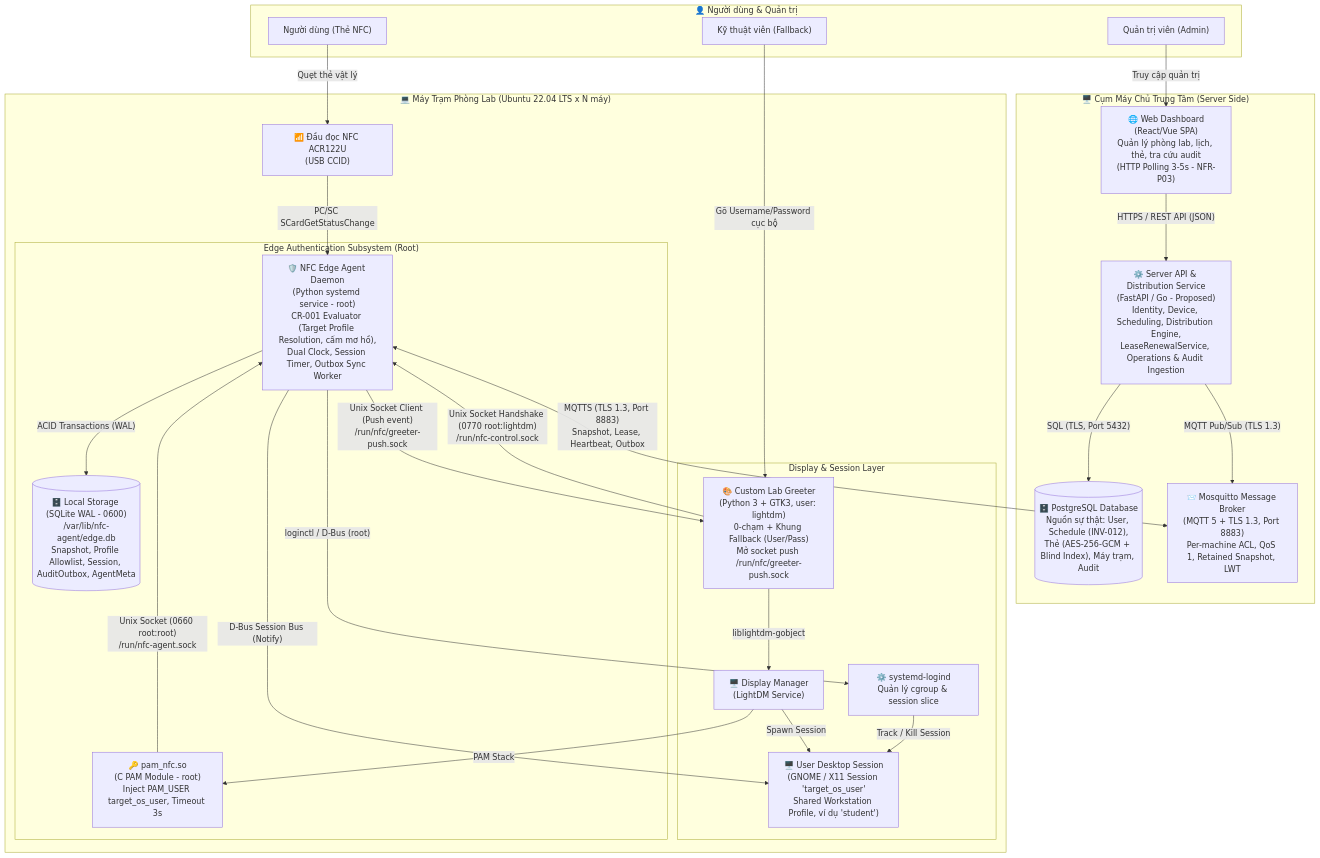
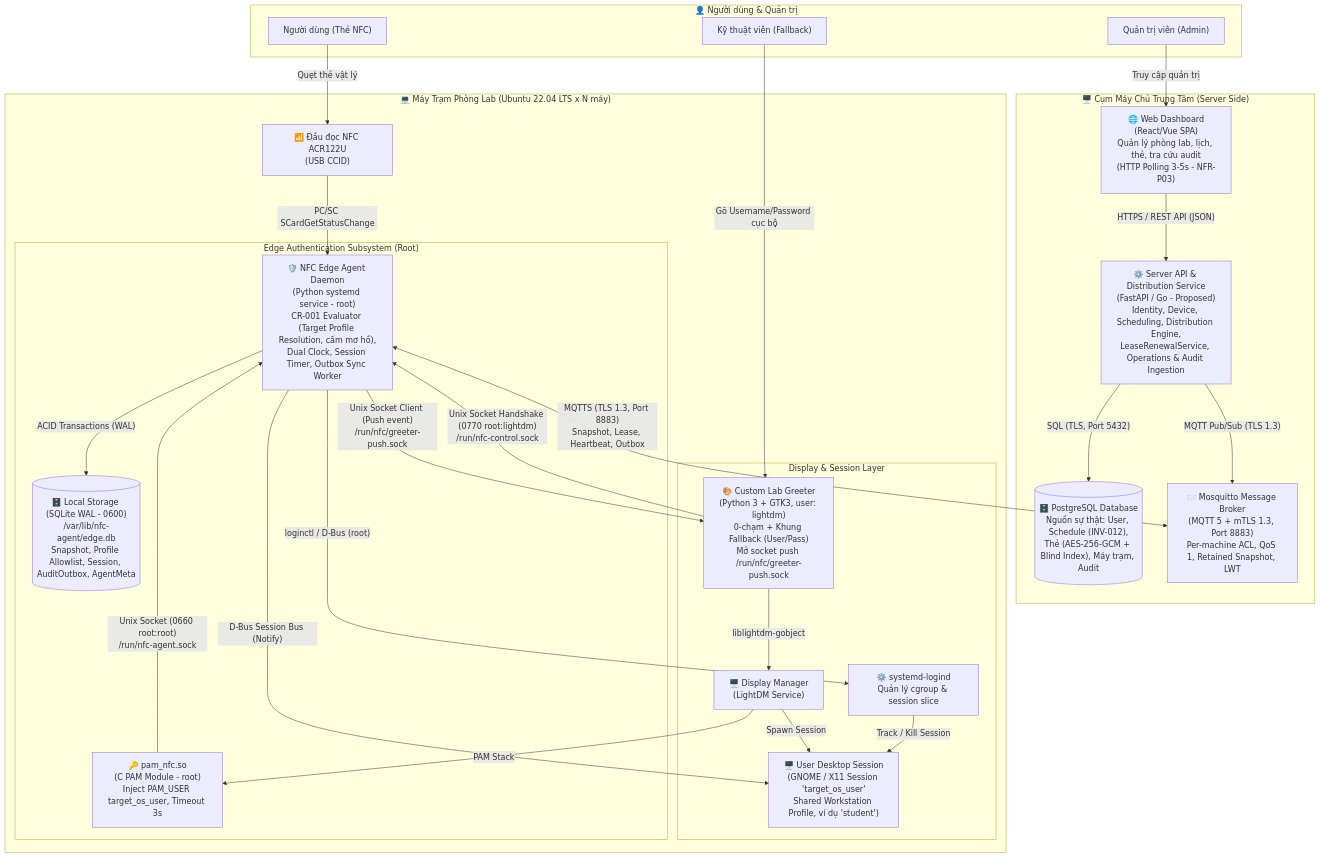
One commit to binhtoong21/linux-access-control changed the diagram in design/docs/06-architecture/containers.md. Above: the diagram before and after it, drawn with Mermaid. The commit also changed other lines of this file and 19 other files, not shown here.

````diff
--- a/design/docs/06-architecture/containers.md
+++ b/design/docs/06-architecture/containers.md
@@ -12,53 +12,53 @@
 ```mermaid
 flowchart TB
     subgraph USERS["👤 Người dùng & Quản trị"]
         Student["Người dùng (Thẻ NFC)"]
         AdminUser["Quản trị viên (Admin)"]
         TechUser["Kỹ thuật viên (Fallback)"]
     end
 
     subgraph SERVER["🖥️ Cụm Máy Chủ Trung Tâm (Server Side)"]
         Dashboard["🌐 Web Dashboard\n(React/Vue SPA)\nQuản lý phòng lab, lịch, thẻ, tra cứu audit\n(HTTP Polling 3-5s - NFR-P03)"]
         APIService["⚙️ Server API & Distribution Service\n(FastAPI / Go - Proposed)\nIdentity, Device, Scheduling, Distribution Engine,\nLeaseRenewalService, Operations & Audit Ingestion"]
         ServerDB[("🗄️ PostgreSQL Database\nNguồn sự thật: User, Schedule (INV-012),\nThẻ (AES-256-GCM + Blind Index), Máy trạm, Audit")]
-        MQTTBroker["📨 Mosquitto Message Broker\n(MQTT 5 + TLS 1.3, Port 8883)\nPer-machine ACL, QoS 1, Retained Snapshot, LWT"]
+        MQTTBroker["📨 Mosquitto Message Broker\n(MQTT 5 + mTLS 1.3, Port 8883)\nPer-machine ACL, QoS 1, Retained Snapshot, LWT"]
         
         Dashboard -->|"HTTPS / REST API (JSON)"| APIService
         APIService -->|"SQL (TLS, Port 5432)"| ServerDB
         APIService -->|"MQTT Pub/Sub (TLS 1.3)"| MQTTBroker
     end
 
     subgraph WORKSTATION["💻 Máy Trạm Phòng Lab (Ubuntu 22.04 LTS x N máy)"]
         NFCReader["📶 Đầu đọc NFC ACR122U\n(USB CCID)"]
         
         subgraph OS_LAYER["Display & Session Layer"]
             LightDM["🖥️ Display Manager\n(LightDM Service)"]
             Greeter["🎨 Custom Lab Greeter\n(Python 3 + GTK3, user: lightdm)\n0-chạm + Khung Fallback (User/Pass)\nMở socket push /run/nfc/greeter-push.sock"]
             UserDesktop["🖥️ User Desktop Session\n(GNOME / X11 Session 'target_os_user'\nShared Workstation Profile, ví dụ 'student')"]
             SystemdLogind["⚙️ systemd-logind\nQuản lý cgroup & session slice"]
         end
 
         subgraph AGENT_LAYER["Edge Authentication Subsystem (Root)"]
             AgentDaemon["🛡️ NFC Edge Agent Daemon\n(Python systemd service - root)\nCR-001 Evaluator (Target Profile Resolution, cấm mơ hồ),\nDual Clock, Session Timer, Outbox Sync Worker"]
             PAMModule["🔑 pam_nfc.so\n(C PAM Module - root)\nInject PAM_USER target_os_user, Timeout 3s"]
             LocalDB[("🗄️ Local Storage (SQLite WAL - 0600)\n/var/lib/nfc-agent/edge.db\nSnapshot, Profile Allowlist, Session, AuditOutbox, AgentMeta")]
         end
 
         NFCReader -->|"PC/SC SCardGetStatusChange"| AgentDaemon
         LightDM -->|"PAM Stack"| PAMModule
         PAMModule -->|"Unix Socket (0660 root:root)\n/run/nfc-agent.sock"| AgentDaemon
         AgentDaemon -->|"Unix Socket Client (Push event)\n/run/nfc/greeter-push.sock"| Greeter
         Greeter -->|"Unix Socket Handshake (0770 root:lightdm)\n/run/nfc-control.sock"| AgentDaemon
         Greeter -->|"liblightdm-gobject"| LightDM
         AgentDaemon -->|"ACID Transactions (WAL)"| LocalDB
         AgentDaemon -->|"loginctl / D-Bus (root)"| SystemdLogind
         AgentDaemon -->|"D-Bus Session Bus (Notify)"| UserDesktop
         LightDM -->|"Spawn Session"| UserDesktop
         SystemdLogind -->|"Track / Kill Session"| UserDesktop
     end
 
     Student -->|"Quẹt thẻ vật lý"| NFCReader
     AdminUser -->|"Truy cập quản trị"| Dashboard
     TechUser -->|"Gõ Username/Password cục bộ"| Greeter
     AgentDaemon <-->|"MQTTS (TLS 1.3, Port 8883)\nSnapshot, Lease, Heartbeat, Outbox"| MQTTBroker
 ```
````
